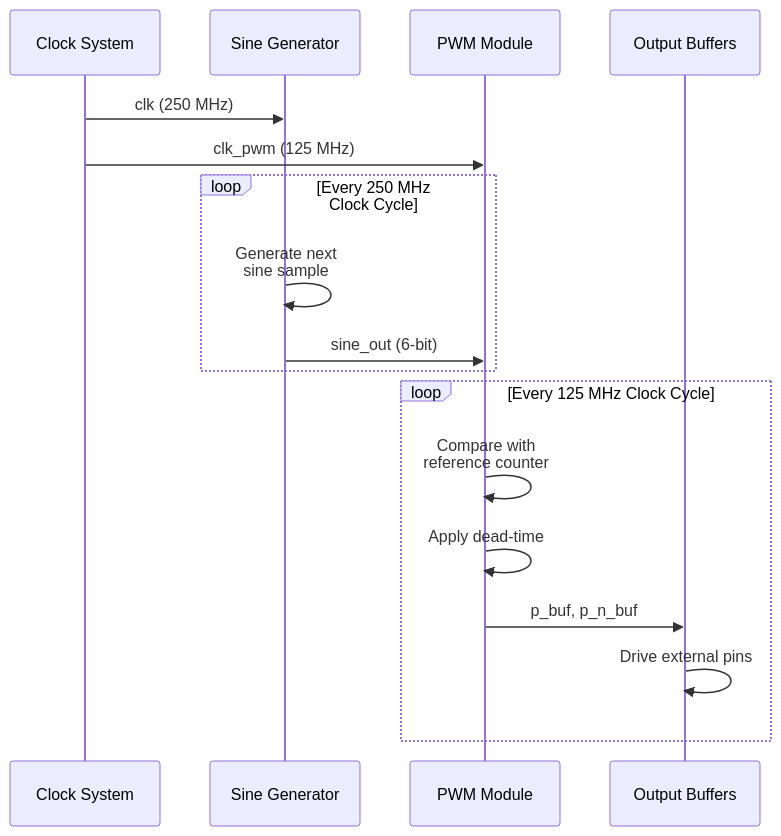
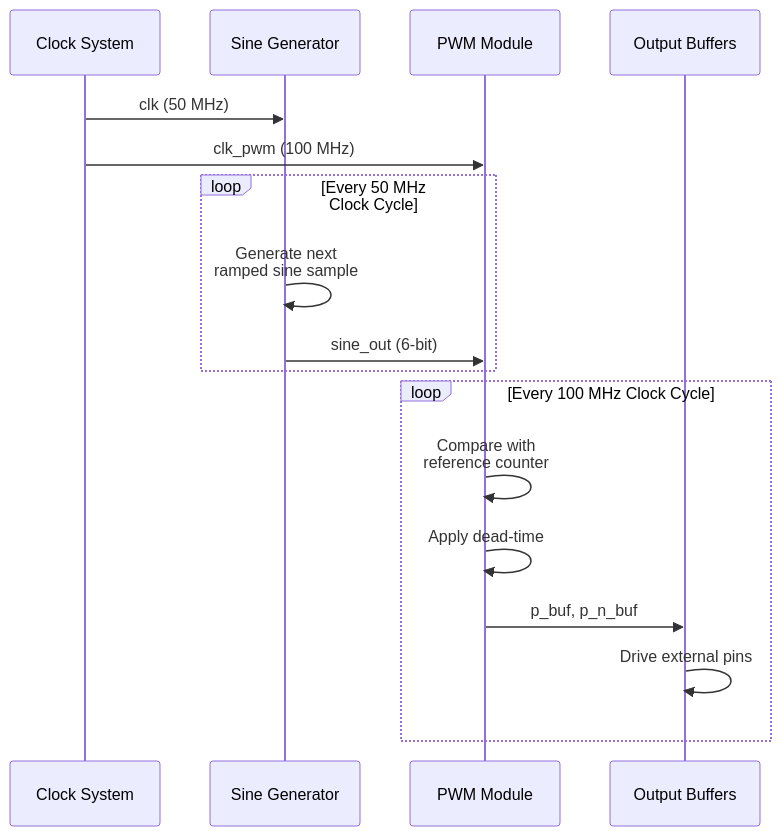
The third of 4 diagrams in docs/architecture/overview.md (ekazakov1507/pwm_demo), drawn with Mermaid before and after one commit. The commit also changed other lines of this file and 10 other files, not shown here.

````diff
--- a/docs/architecture/overview.md
+++ b/docs/architecture/overview.md
@@ -112,22 +125,22 @@
 ```mermaid
 sequenceDiagram
     participant CLK as Clock System
     participant SINE as Sine Generator
     participant PWM as PWM Module
     participant OUT as Output Buffers
 
-    CLK->>SINE: clk (250 MHz)
-    CLK->>PWM: clk_pwm (125 MHz)
+    CLK->>SINE: clk (50 MHz)
+    CLK->>PWM: clk_pwm (100 MHz)
 
-    loop Every 250 MHz Clock Cycle
-        SINE->>SINE: Generate next<br/>sine sample
+    loop Every 50 MHz Clock Cycle
+        SINE->>SINE: Generate next<br/>ramped sine sample
         SINE->>PWM: sine_out (6-bit)
     end
 
-    loop Every 125 MHz Clock Cycle
+    loop Every 100 MHz Clock Cycle
         PWM->>PWM: Compare with<br/>reference counter
         PWM->>PWM: Apply dead-time
         PWM->>OUT: p_buf, p_n_buf
         OUT->>OUT: Drive external pins
     end
 ```
````
